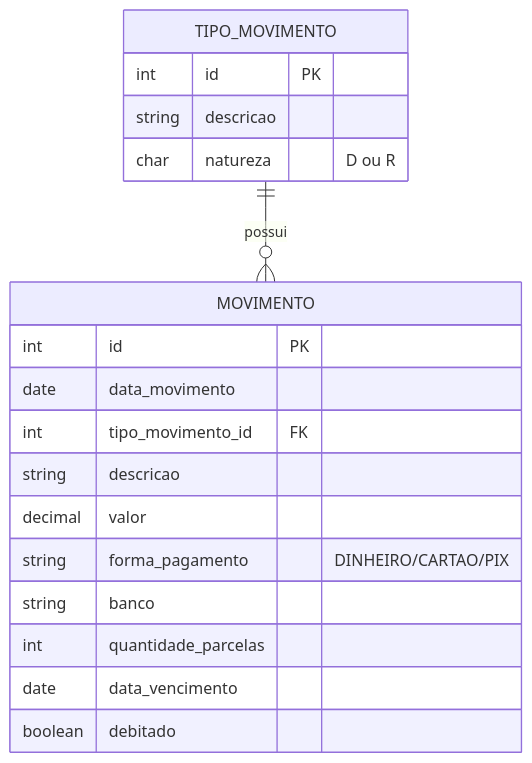
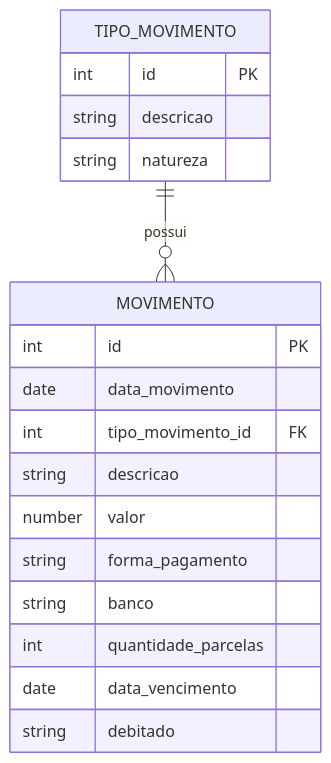
Before and after one commit to guilhermelorec/financeApp: the second of 4 diagrams in docs/apresentacao.md, drawn with Mermaid. The commit also changed other lines of this file and 6 other files, not shown here.

````diff
--- a/docs/apresentacao.md
+++ b/docs/apresentacao.md
@@ -97,21 +91,21 @@
 ```mermaid
 erDiagram
     TIPO_MOVIMENTO ||--o{ MOVIMENTO : possui
     TIPO_MOVIMENTO {
-        int    id PK
+        int id PK
         string descricao
-        char   natureza "D ou R"
+        string natureza
     }
     MOVIMENTO {
-        int      id PK
-        date     data_movimento
-        int      tipo_movimento_id FK
-        string   descricao
-        decimal  valor
-        string   forma_pagamento "DINHEIRO/CARTAO/PIX"
-        string   banco
-        int      quantidade_parcelas
-        date     data_vencimento
-        boolean  debitado
+        int id PK
+        date data_movimento
+        int tipo_movimento_id FK
+        string descricao
+        number valor
+        string forma_pagamento
+        string banco
+        int quantidade_parcelas
+        date data_vencimento
+        string debitado
     }
 ```
````
